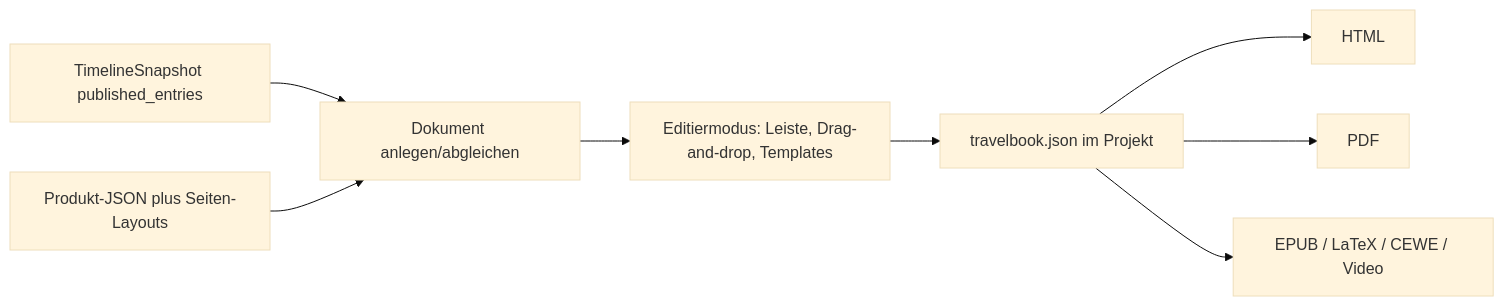
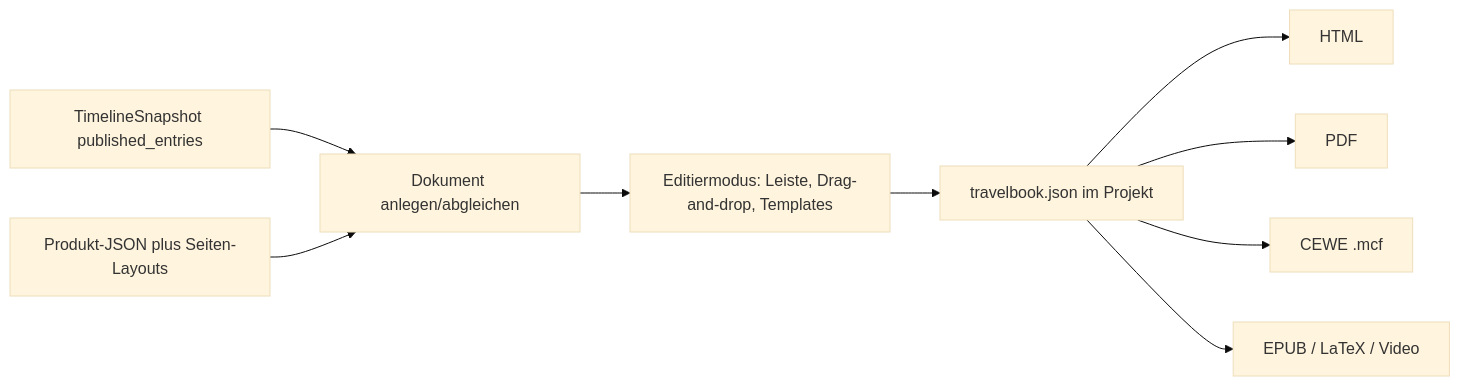
The second of 2 diagrams in docs/konzept.md (raboehme63/desktop-apps), drawn with Mermaid (base theme) before and after one commit. The commit also changed other lines of this file and 4 other files, not shown here.

````diff
--- a/docs/konzept.md
+++ b/docs/konzept.md
@@ -267,10 +267,11 @@
 ```mermaid
 flowchart LR
   Snapshot["TimelineSnapshot published_entries"] --> Sync["Dokument anlegen/abgleichen"]
   Template["Produkt-JSON plus Seiten-Layouts"] --> Sync
   Sync --> Editor["Editiermodus: Leiste, Drag-and-drop, Templates"]
   Editor --> Document["travelbook.json im Projekt"]
   Document --> HTML
   Document --> PDF
-  Document --> Other["EPUB / LaTeX / CEWE / Video"]
+  Document --> CEWE["CEWE .mcf"]
+  Document --> Other["EPUB / LaTeX / Video"]
 ```
````
